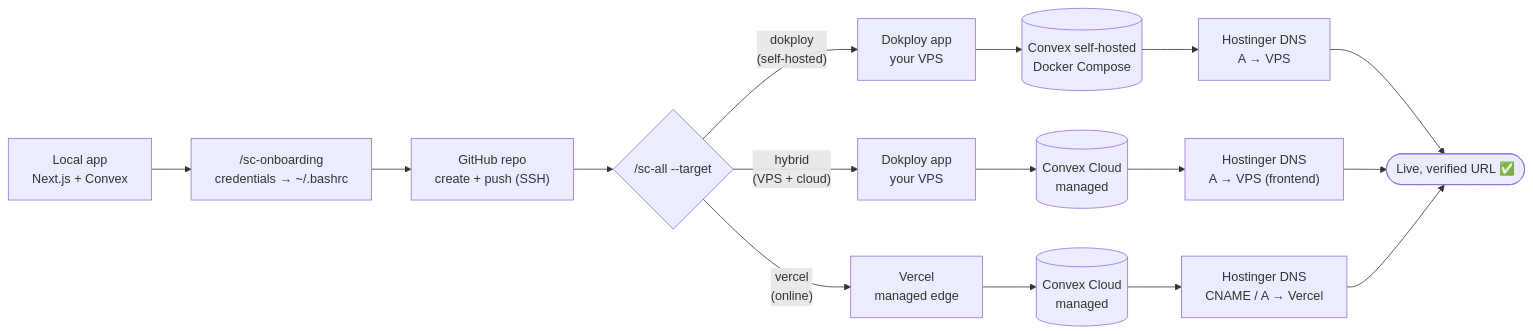
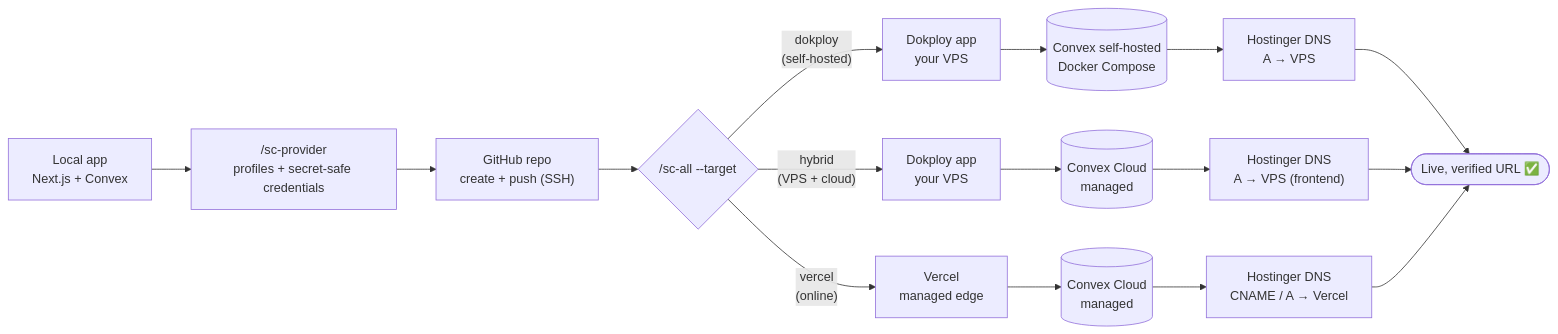
The first of 2 diagrams in README.md (rahmanef63/si-coder-agent), drawn with Mermaid before and after one commit. The commit also changed other lines of this file and 17 other files, not shown here.

Commit message:
feat(sc): add agent-safe provider control plane

````diff
--- a/README.md
+++ b/README.md
@@ -24,18 +24,18 @@
 ```mermaid
 flowchart LR
-    A["Local app<br/>Next.js + Convex"] --> B["/sc-onboarding<br/>credentials → ~/.bashrc"]
+    A["Local app<br/>Next.js + Convex"] --> B["/sc-provider<br/>profiles + secret-safe credentials"]
     B --> C["GitHub repo<br/>create + push (SSH)"]
     C --> D{"/sc-all --target"}
     D -->|"dokploy<br/>(self-hosted)"| E1["Dokploy app<br/>your VPS"]
     D -->|"hybrid<br/>(VPS + cloud)"| H1["Dokploy app<br/>your VPS"]
     D -->|"vercel<br/>(online)"| F1["Vercel<br/>managed edge"]
     E1 --> E2[("Convex self-hosted<br/>Docker Compose")]
     H1 --> H2[("Convex Cloud<br/>managed")]
     F1 --> F2[("Convex Cloud<br/>managed")]
     E2 --> E3["Hostinger DNS<br/>A → VPS"]
     H2 --> H3["Hostinger DNS<br/>A → VPS (frontend)"]
     F2 --> F3["Hostinger DNS<br/>CNAME / A → Vercel"]
     E3 --> Z(["Live, verified URL ✅"])
     H3 --> Z
     F3 --> Z
 ```
````
